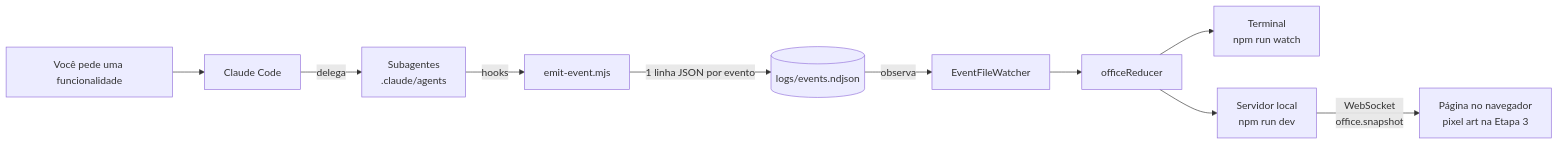
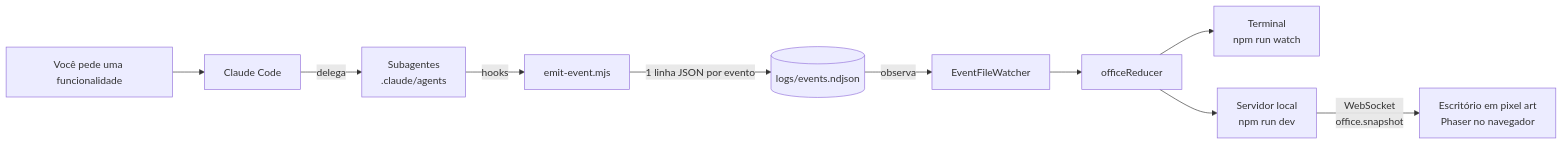
One commit to FelipeeBrito/OwllFloor changed the diagram in README.md. Above: the diagram before and after it, drawn with Mermaid. The commit also changed other lines of this file and 3 other files, not shown here.

Commit message:
docs: ADR 0002 (Vite e Phaser) e guia da Etapa 3

````diff
--- a/README.md
+++ b/README.md
@@ -28,12 +28,12 @@
 ```mermaid
 flowchart LR
     U[Você pede uma funcionalidade] --> C[Claude Code]
     C -->|delega| A[Subagentes<br/>.claude/agents]
     A -->|hooks| H[emit-event.mjs]
     H -->|1 linha JSON por evento| F[(logs/events.ndjson)]
     F -->|observa| W[EventFileWatcher]
     W --> R[officeReducer]
     R --> T[Terminal<br/>npm run watch]
     R --> S[Servidor local<br/>npm run dev]
-    S -->|WebSocket<br/>office.snapshot| B[Página no navegador<br/>pixel art na Etapa 3]
+    S -->|WebSocket<br/>office.snapshot| B[Escritório em pixel art<br/>Phaser no navegador]
 ```
````
